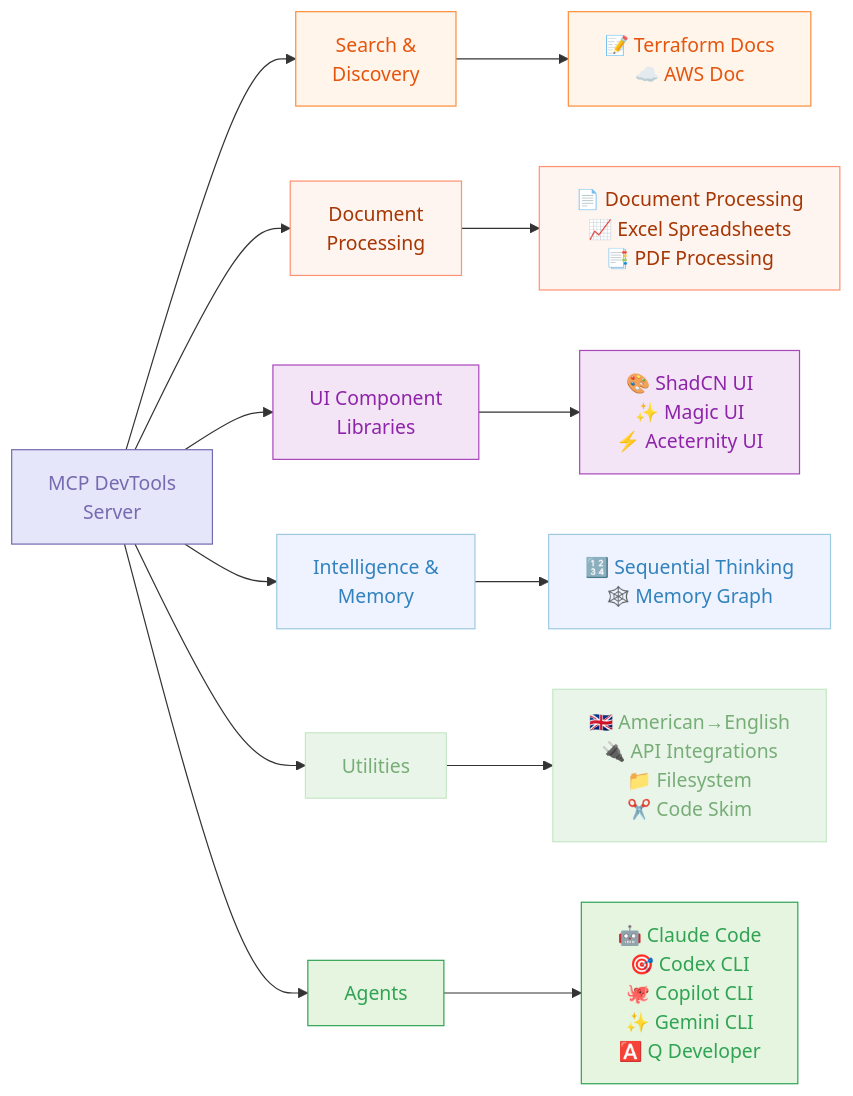
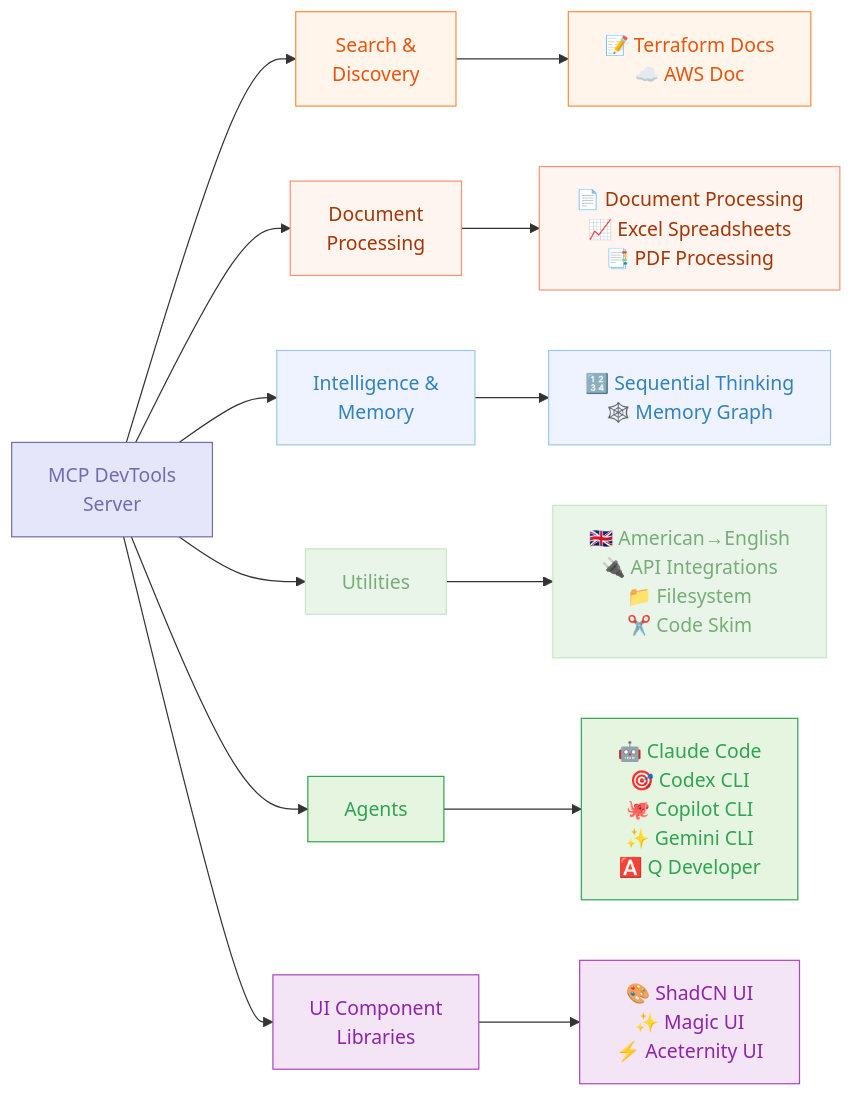
The second of 2 diagrams in README.md (sammcj/mcp-devtools), drawn with Mermaid before and after one commit. The commit also changed other lines of this file, not shown here.

Commit message:
lint: clean up unused parameter usage across tools

````diff
--- a/README.md
+++ b/README.md
@@ -34,39 +34,39 @@
 ```mermaid
 graph LR
     A[MCP DevTools<br>Server]
 
     A --> B[Search &<br>Discovery]
     A --> C[Document<br>Processing]
-    A --> D[UI Component<br>Libraries]
     A --> E[Intelligence &<br>Memory]
     A --> F[Utilities]
     A --> G[Agents]
+    A --> D[UI Component<br>Libraries]
 
     B --> B_Tools[📝 Terraform Docs<br>☁️ AWS Doc]
 
     C --> C_Tools[📄 Document Processing<br>📈 Excel Spreadsheets<br>📑 PDF Processing]
-
-    D --> D_Tools[🎨 ShadCN UI<br>✨ Magic UI<br>⚡ Aceternity UI]
 
     E --> E_Tools[🔢 Sequential Thinking<br>🕸️ Memory Graph]
 
     F --> F_Tools[🇬🇧 American→English<br>🔌 API Integrations<br>📁 Filesystem<br>✂️ Code Skim]
 
     G --> G_Tools[🤖 Claude Code<br>🎯 Codex CLI<br>🐙 Copilot CLI<br>✨ Gemini CLI<br>🅰️ Q Developer]
+
+    D --> D_Tools[🎨 ShadCN UI<br>✨ Magic UI<br>⚡ Aceternity UI]
 
     classDef components fill:#E6E6FA,stroke:#756BB1,color:#756BB1
     classDef llm fill:#E5F5E0,stroke:#31A354,color:#31A354
     classDef process fill:#EAF5EA,stroke:#C6E7C6,color:#77AD77
     classDef data fill:#EFF3FF,stroke:#9ECAE1,color:#3182BD
     classDef decision fill:#FFF5EB,stroke:#FD8D3C,color:#E6550D
     classDef api fill:#FFF5F0,stroke:#FD9272,color:#A63603
     classDef ui fill:#F3E5F5,stroke:#AB47BC,color:#8E24AA
 
     class A components
     class B,B_Tools decision
     class C,C_Tools api
     class D,D_Tools ui
     class E,E_Tools data
     class F,F_Tools process
     class G,G_Tools llm
 ```
````
